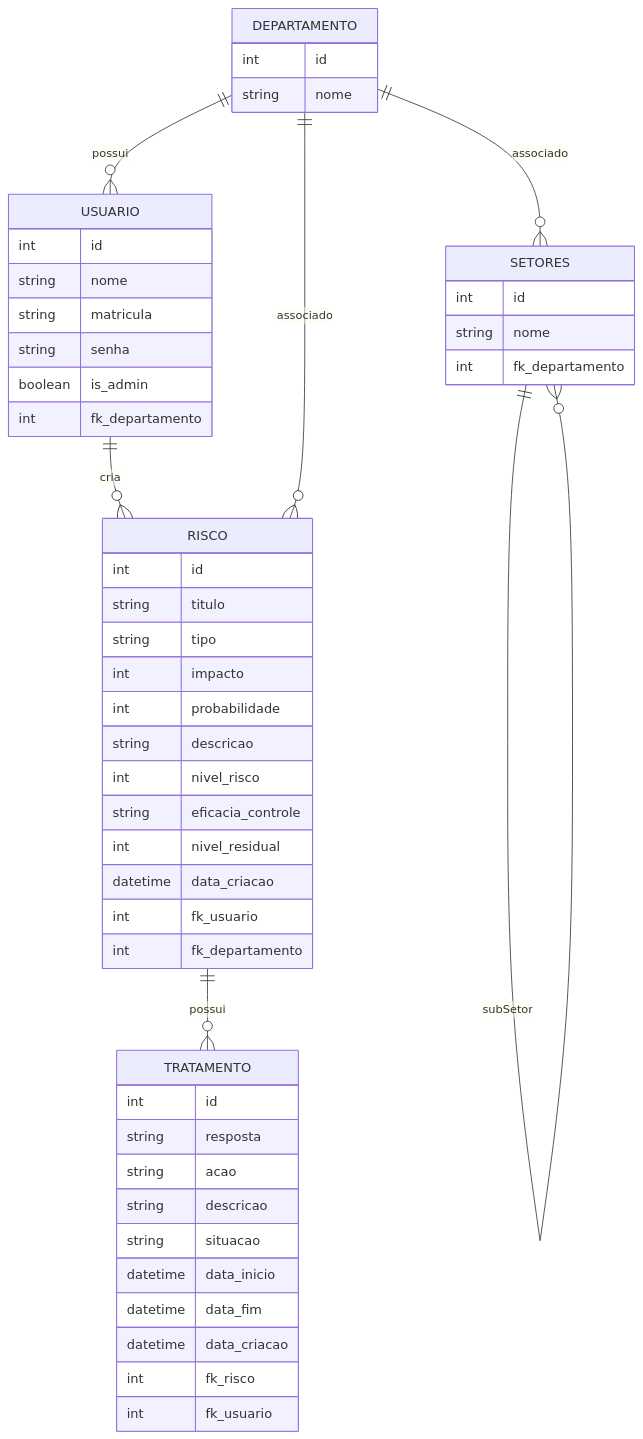
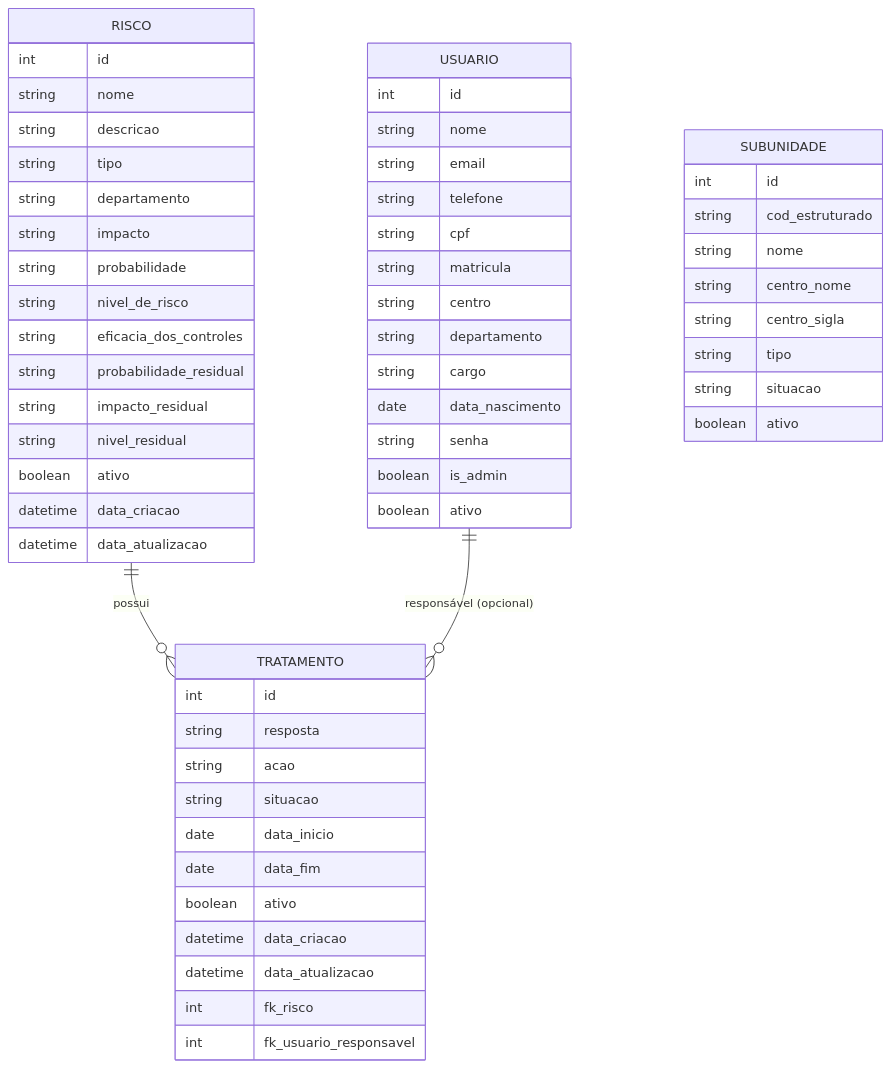
One commit to CTISM-Prof-Henry/software-formularios-rupturacode changed the first of 2 diagrams in README.md. Above: the diagram before and after it, drawn with Mermaid. The commit also changed other lines of this file, not shown here.

````diff
--- a/README.md
+++ b/README.md
@@ -57,58 +140,64 @@
 ```mermaid
-    erDiagram
-        USUARIO {
+erDiagram
+    USUARIO {
         int id
         string nome
+        string email
+        string telefone
+        string cpf
         string matricula
+        string centro
+        string departamento
+        string cargo
+        date data_nascimento
         string senha
         boolean is_admin
-        int fk_departamento
-    }
-
-    DEPARTAMENTO {
-        int id
-        string nome
+        boolean ativo
     }
 
     RISCO {
         int id
-        string titulo
+        string nome
+        string descricao
         string tipo
-        int impacto
-        int probabilidade
-        string descricao
-        int nivel_risco
-        string eficacia_controle
-        int nivel_residual
+        string departamento
+        string impacto
+        string probabilidade
+        string nivel_de_risco
+        string eficacia_dos_controles
+        string probabilidade_residual
+        string impacto_residual
+        string nivel_residual
+        boolean ativo
         datetime data_criacao
-        int fk_usuario
-        int fk_departamento
+        datetime data_atualizacao
     }
 
     TRATAMENTO {
         int id
         string resposta
         string acao
-        string descricao
         string situacao
-        datetime data_inicio
-        datetime data_fim
+        date data_inicio
+        date data_fim
+        boolean ativo
         datetime data_criacao
+        datetime data_atualizacao
         int fk_risco
-        int fk_usuario
+        int fk_usuario_responsavel
     }
 
-    SETORES {
+    SUBUNIDADE {
         int id
+        string cod_estruturado
         string nome
-        int fk_departamento
+        string centro_nome
+        string centro_sigla
+        string tipo
+        string situacao
+        boolean ativo
     }
 
-    %% RELACIONAMENTOS
-    DEPARTAMENTO ||--o{ USUARIO : possui
-    USUARIO ||--o{ RISCO : cria
-    DEPARTAMENTO ||--o{ RISCO : associado
-    RISCO ||--o{ TRATAMENTO : possui
-    DEPARTAMENTO ||--o{ SETORES : associado
-    SETORES ||--o{ SETORES : subSetor
+    RISCO   ||--o{ TRATAMENTO : possui
+    USUARIO ||--o{ TRATAMENTO : "responsável (opcional)"
 ```
````
